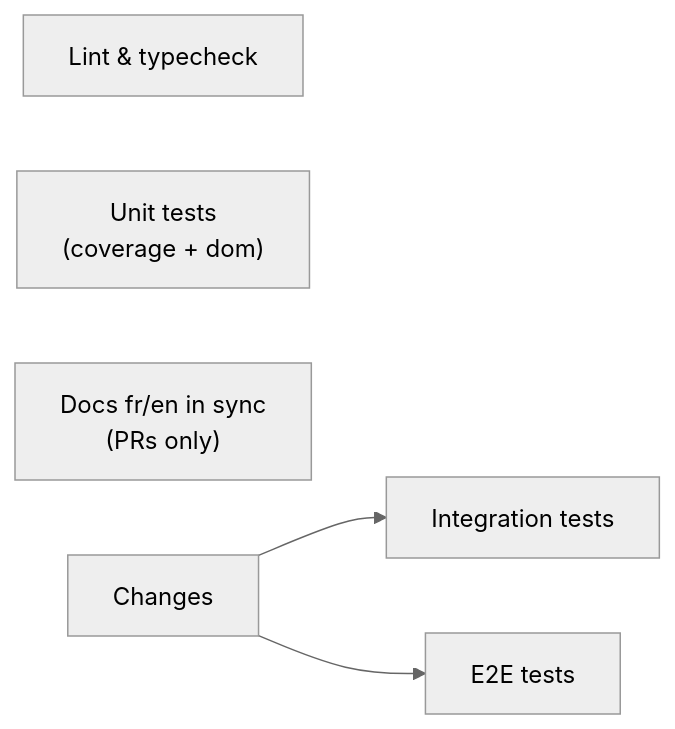
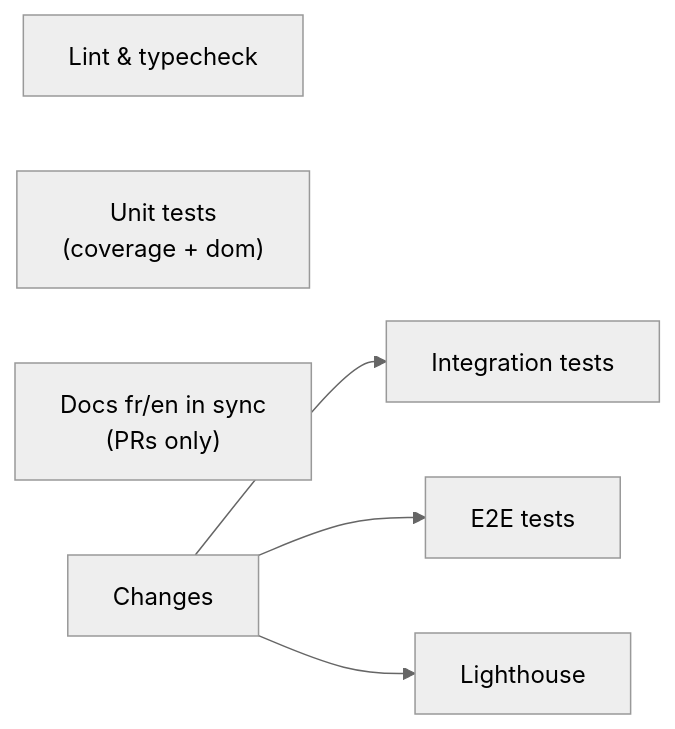
One commit to zolangivre/portfolio changed the diagram in docs/github/ci.md. Above: the diagram before and after it, drawn with Mermaid (neutral theme). The commit also changed other lines of this file and 16 other files, not shown here.

````diff
--- a/docs/github/ci.md
+++ b/docs/github/ci.md
@@ -12,8 +12,9 @@
 ```mermaid
 flowchart LR
   L[Lint & typecheck]
   U["Unit tests<br/>(coverage + dom)"]
   D["Docs fr/en in sync<br/>(PRs only)"]
   C[Changes] --> I[Integration tests]
   C --> E[E2E tests]
+  C --> H[Lighthouse]
 ```
````
